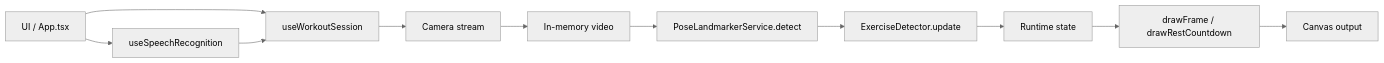
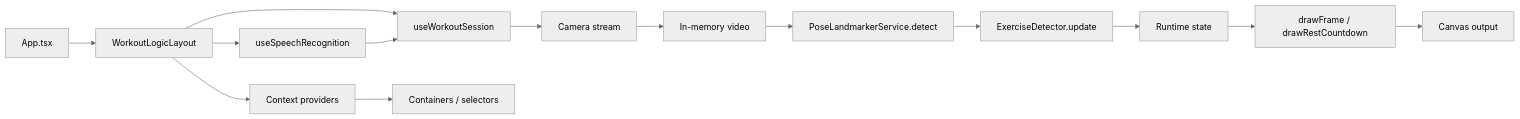
One commit to alexeyabretov00-eng/workout-counter-react changed the diagram in docs/architecture.md. Above: the diagram before and after it, drawn with Mermaid (neutral theme). The commit also changed other lines of this file and 5 other files, not shown here.

First line of the commit message:
docs: структура logic/contexts/selectors/containers и правило для ИИ

````diff
--- a/docs/architecture.md
+++ b/docs/architecture.md
@@ -48,13 +59,16 @@
 ```mermaid
 flowchart LR
-  UI[UI / App.tsx] --> Session[useWorkoutSession]
-  UI --> Speech[useSpeechRecognition]
+  App[App.tsx] --> WLL[WorkoutLogicLayout]
+  WLL --> Session[useWorkoutSession]
+  WLL --> Speech[useSpeechRecognition]
+  WLL --> Ctx[Context providers]
+  Ctx --> Cont[Containers / selectors]
   Speech --> Session
   Session --> Camera[Camera stream]
   Camera --> Video[In-memory video]
   Video --> Pose[PoseLandmarkerService.detect]
   Pose --> Detector[ExerciseDetector.update]
   Detector --> Runtime[Runtime state]
   Runtime --> Draw[drawFrame / drawRestCountdown]
   Draw --> Canvas[Canvas output]
 ```
````
